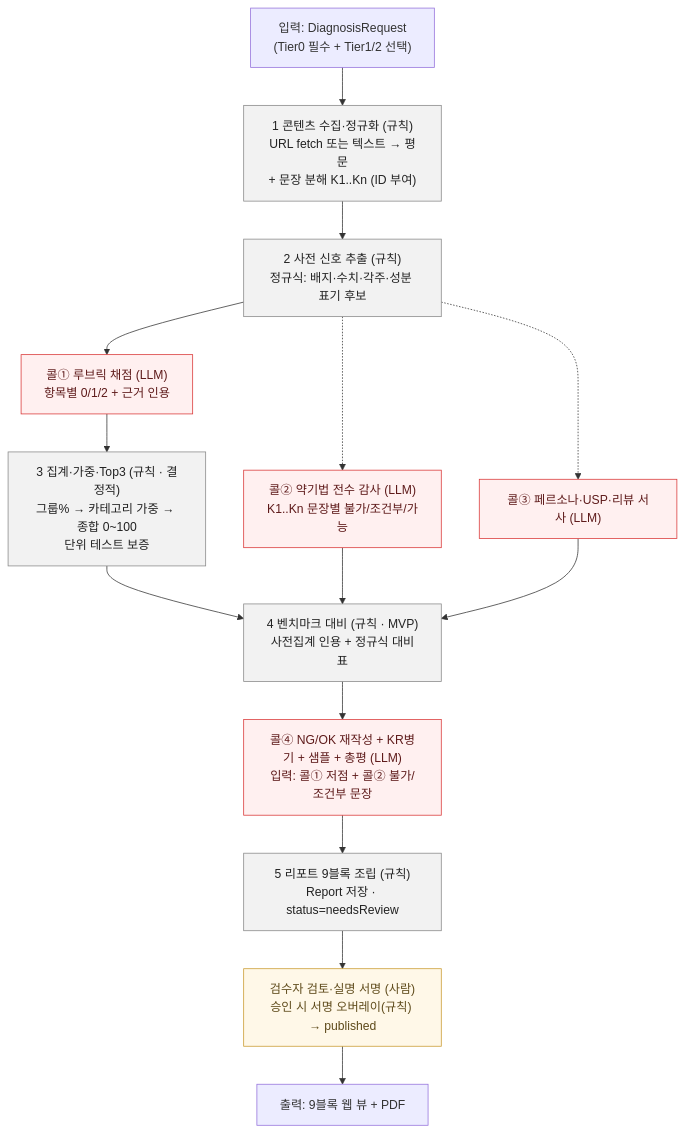
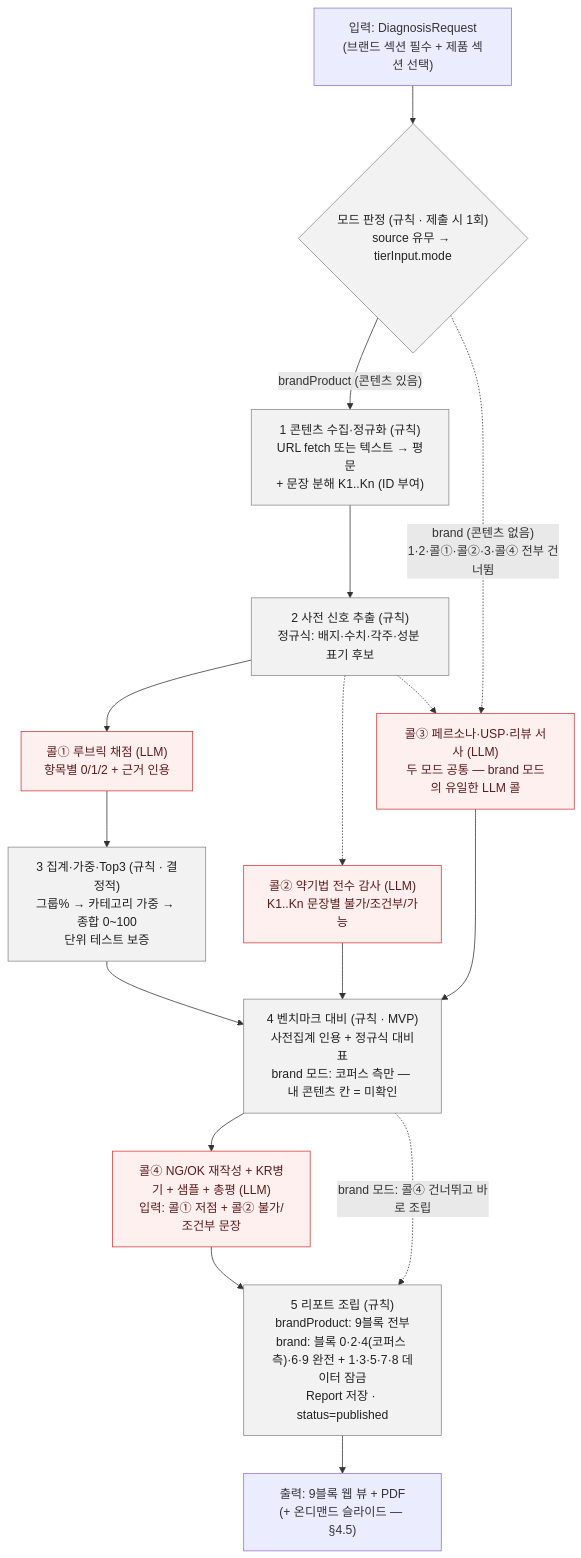
Before and after one commit to duwjd/Branch-out-to-Japan: the third of 7 diagrams in docs/08-data-flow.md, drawn with Mermaid. The commit also changed other lines of this file and 47 other files, not shown here.

First line of the commit message:
feat: ① 진단 리포트 개편 — 검수 제거·보고용 슬라이드·브랜드 우선 입력(v4)·와이어프레임 시각화

````diff
--- a/docs/08-data-flow.md
+++ b/docs/08-data-flow.md
@@ -152,30 +153,31 @@
 ```mermaid
 flowchart TD
-    IN["입력: DiagnosisRequest<br/>(Tier0 필수 + Tier1/2 선택)"] --> N1
+    IN["입력: DiagnosisRequest<br/>(브랜드 섹션 필수 + 제품 섹션 선택)"] --> MODE{"모드 판정 (규칙 · 제출 시 1회)<br/>source 유무 → tierInput.mode"}
+
+    MODE -->|"brandProduct (콘텐츠 있음)"| N1
+    MODE -.->|"brand (콘텐츠 없음)<br/>1·2·콜①·콜②·3·콜④ 전부 건너뜀"| C3
 
     N1["1 콘텐츠 수집·정규화 (규칙)<br/>URL fetch 또는 텍스트 → 평문<br/>+ 문장 분해 K1..Kn (ID 부여)"] --> N2
     N2["2 사전 신호 추출 (규칙)<br/>정규식: 배지·수치·각주·성분 표기 후보"] --> C1
 
     C1["콜① 루브릭 채점 (LLM)<br/>항목별 0/1/2 + 근거 인용"] --> N3
     N3["3 집계·가중·Top3 (규칙 · 결정적)<br/>그룹% → 카테고리 가중 → 종합 0~100<br/>단위 테스트 보증"] --> N4
 
     C2["콜② 약기법 전수 감사 (LLM)<br/>K1..Kn 문장별 불가/조건부/가능"] --> N4
-    C3["콜③ 페르소나·USP·리뷰 서사 (LLM)"] --> N4
+    C3["콜③ 페르소나·USP·리뷰 서사 (LLM)<br/>두 모드 공통 — brand 모드의 유일한 LLM 콜"] --> N4
 
-    N4["4 벤치마크 대비 (규칙 · MVP)<br/>사전집계 인용 + 정규식 대비표"] --> C4
+    N4["4 벤치마크 대비 (규칙 · MVP)<br/>사전집계 인용 + 정규식 대비표<br/>brand 모드: 코퍼스 측만 — 내 콘텐츠 칸 = 미확인"] --> C4
     C4["콜④ NG/OK 재작성 + KR병기 + 샘플 + 총평 (LLM)<br/>입력: 콜① 저점 + 콜② 불가/조건부 문장"] --> N5
+    N4 -.->|"brand 모드: 콜④ 건너뛰고 바로 조립"| N5
 
-    N5["5 리포트 9블록 조립 (규칙)<br/>Report 저장 · status=needsReview"] --> HV
-    HV["검수자 검토·실명 서명 (사람)<br/>승인 시 서명 오버레이(규칙) → published"] --> OUT
-    OUT["출력: 9블록 웹 뷰 + PDF"]
+    N5["5 리포트 조립 (규칙)<br/>brandProduct: 9블록 전부<br/>brand: 블록 0·2·4(코퍼스 측)·6·9 완전 + 1·3·5·7·8 데이터 잠금<br/>Report 저장 · status=published"] --> OUT
+    OUT["출력: 9블록 웹 뷰 + PDF<br/>(+ 온디맨드 슬라이드 — §4.5)"]
 
     N2 -.-> C2
     N2 -.-> C3
 
     classDef rule fill:#f2f2f2,stroke:#888,color:#222;
     classDef llm fill:#fff0f0,stroke:#d93636,color:#5e1a1a;
-    classDef human fill:#fff8e8,stroke:#c99a2e,color:#5e4a1a;
-    class N1,N2,N3,N4,N5 rule;
+    class N1,N2,N3,N4,N5,MODE rule;
     class C1,C2,C3,C4 llm;
-    class HV human;
 ```
````
